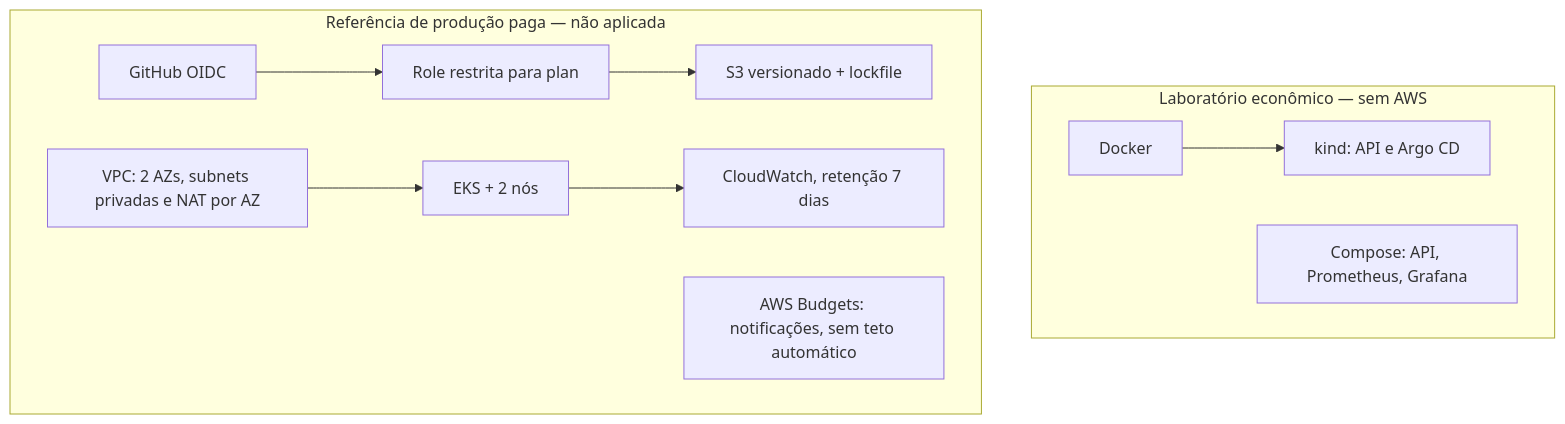
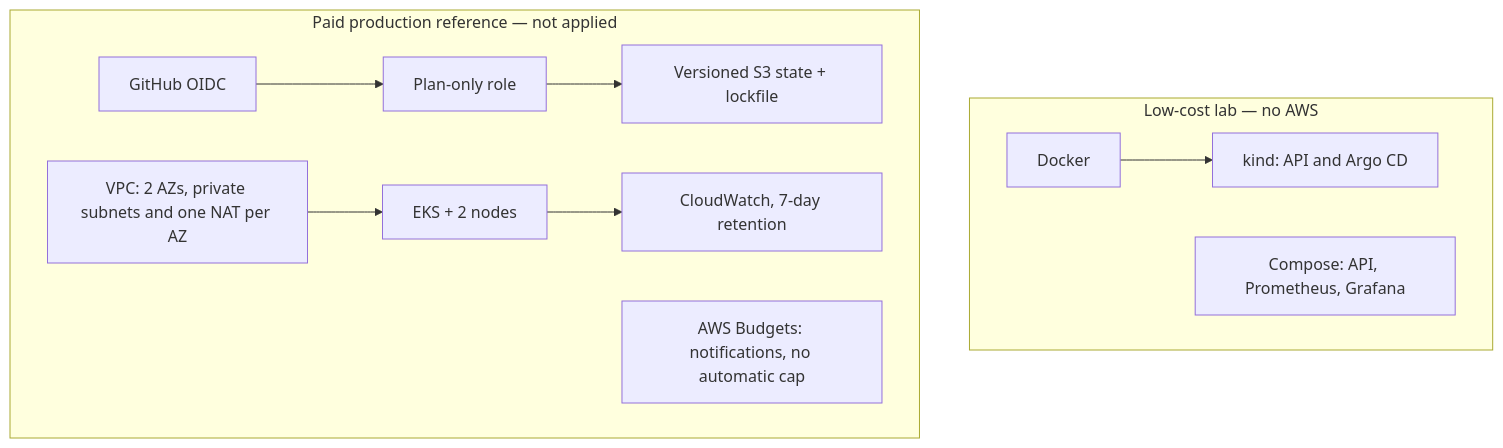
One commit to tommmdl/deployment-flow-mock changed the second of 2 diagrams in README.md. Above: the diagram before and after it, drawn with Mermaid. The commit also changed other lines of this file and 3 other files, not shown here.

````diff
--- a/README.md
+++ b/README.md
@@ -40,14 +46,14 @@
 ```mermaid
 flowchart TB
-  subgraph Local[Laboratório econômico — sem AWS]
-    Docker --> Kind[kind: API e Argo CD]
+  subgraph Local[Low-cost lab — no AWS]
+    Docker --> Kind[kind: API and Argo CD]
     Compose[Compose: API, Prometheus, Grafana]
   end
-  subgraph Producao[Referência de produção paga — não aplicada]
-    OIDC[GitHub OIDC] --> IAM[Role restrita para plan]
-    IAM --> State[S3 versionado + lockfile]
-    VPC[VPC: 2 AZs, subnets privadas e NAT por AZ] --> EKS[EKS + 2 nós]
-    EKS --> Logs[CloudWatch, retenção 7 dias]
-    Budget[AWS Budgets: notificações, sem teto automático]
+  subgraph Production[Paid production reference — not applied]
+    OIDC[GitHub OIDC] --> IAM[Plan-only role]
+    IAM --> State[Versioned S3 state + lockfile]
+    VPC[VPC: 2 AZs, private subnets and one NAT per AZ] --> EKS[EKS + 2 nodes]
+    EKS --> Logs[CloudWatch, 7-day retention]
+    Budget[AWS Budgets: notifications, no automatic cap]
   end
 ```
````
